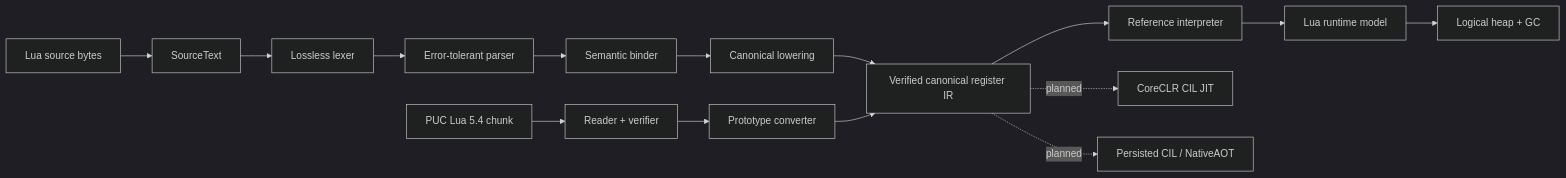
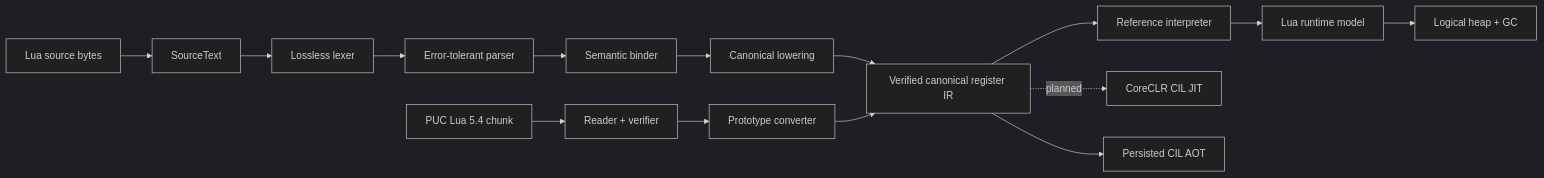
One commit to dlqw/Lunil changed the diagram in README.md. Above: the diagram before and after it, drawn with Mermaid (dark theme). The commit also changed other lines of this file and 23 other files, not shown here.

Commit message:
feat(aot): add persisted CIL backend

````diff
--- a/README.md
+++ b/README.md
@@ -226,20 +226,20 @@
 ```mermaid
 flowchart LR
     Source[Lua source bytes] --> Text[SourceText]
     Text --> Lexer[Lossless lexer]
     Lexer --> Parser[Error-tolerant parser]
     Parser --> Binder[Semantic binder]
     Binder --> Lowerer[Canonical lowering]
 
     Chunk[PUC Lua 5.4 chunk] --> Reader[Reader + verifier]
     Reader --> Converter[Prototype converter]
 
     Lowerer --> IR[Verified canonical register IR]
     Converter --> IR
     IR --> Interpreter[Reference interpreter]
     Interpreter --> Runtime[Lua runtime model]
     Runtime --> Heap[Logical heap + GC]
 
     IR -. planned .-> JIT[CoreCLR CIL JIT]
-    IR -. planned .-> AOT[Persisted CIL / NativeAOT]
+    IR --> AOT[Persisted CIL AOT]
 ```
````
